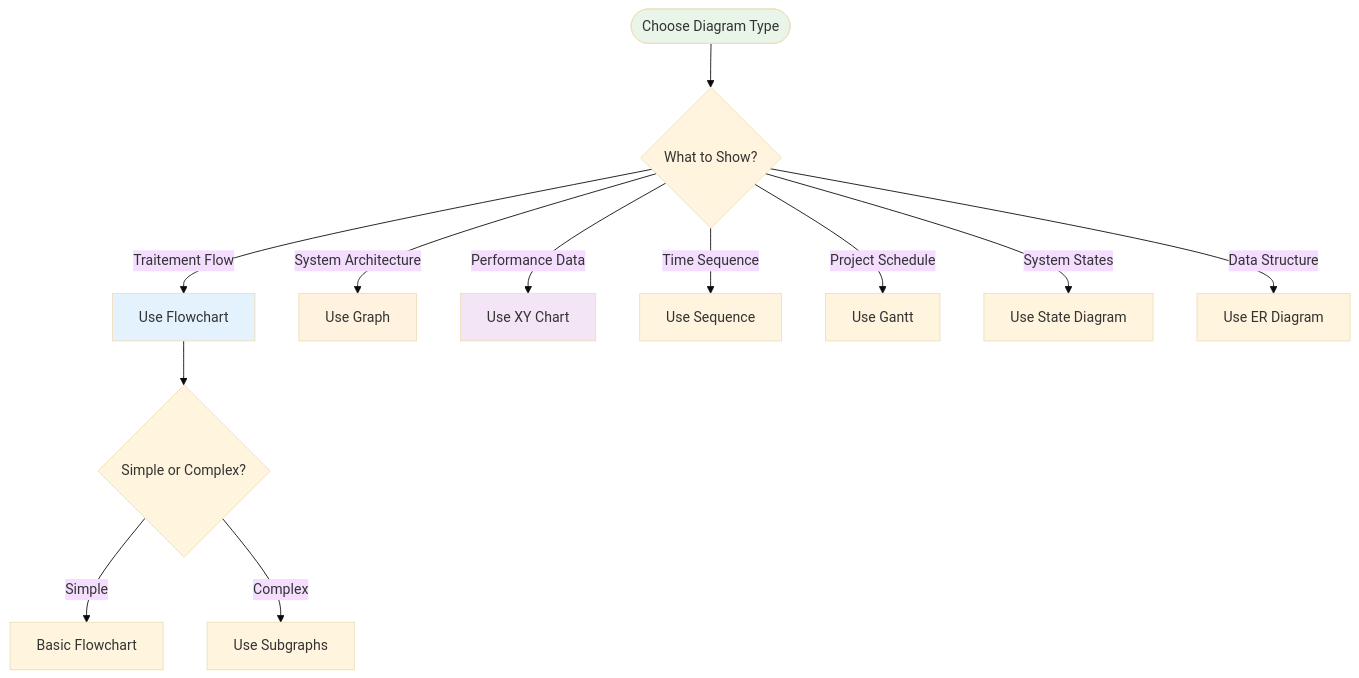
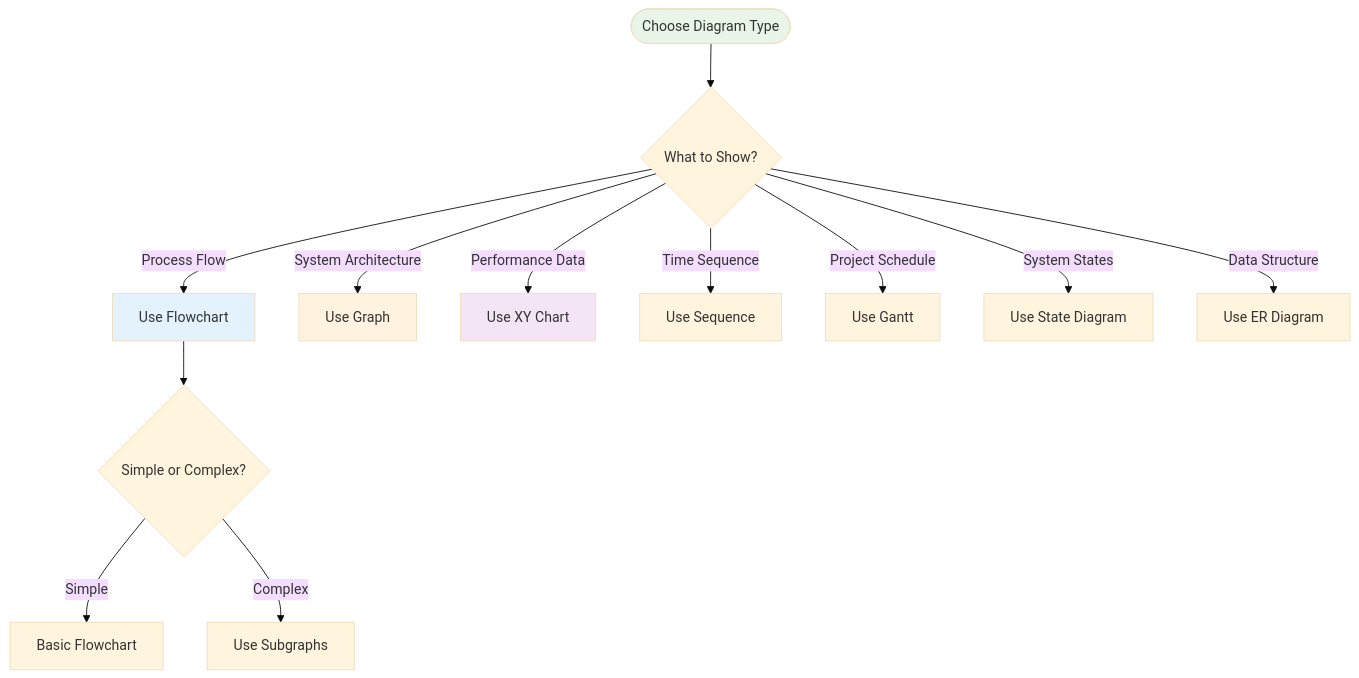
Diagram 12 of 12 in website/i18n/fr/docusaurus-plugin-content-docs/current/mermaid-reference.md (sducournau/IGN_LIDAR_HD_DATASET), drawn with Mermaid (base theme) before and after one commit. The commit also changed other lines of this file and 145 other files, not shown here.

````diff
--- a/website/i18n/fr/docusaurus-plugin-content-docs/current/mermaid-reference.md
+++ b/website/i18n/fr/docusaurus-plugin-content-docs/current/mermaid-reference.md
@@ -276,21 +285,21 @@
 ```mermaid
 flowchart TD
     Start([Choose Diagram Type]) --> Purpose{What to Show?}
 
-    Purpose -->|Traitement Flow| Flowchart[Use Flowchart]
+    Purpose -->|Process Flow| Flowchart[Use Flowchart]
     Purpose -->|System Architecture| Graph[Use Graph]
     Purpose -->|Performance Data| Chart[Use XY Chart]
     Purpose -->|Time Sequence| Sequence[Use Sequence]
     Purpose -->|Project Schedule| Gantt_D[Use Gantt]
     Purpose -->|System States| State[Use State Diagram]
     Purpose -->|Data Structure| Entity[Use ER Diagram]
 
     Flowchart --> Simple{Simple or Complex?}
     Simple -->|Simple| Basic[Basic Flowchart]
     Simple -->|Complex| Subgraph[Use Subgraphs]
 
     style Start fill:#e8f5e8
     style Flowchart fill:#e3f2fd
     style Graph fill:#fff3e0
     style Chart fill:#f3e5f5
 ```
````
